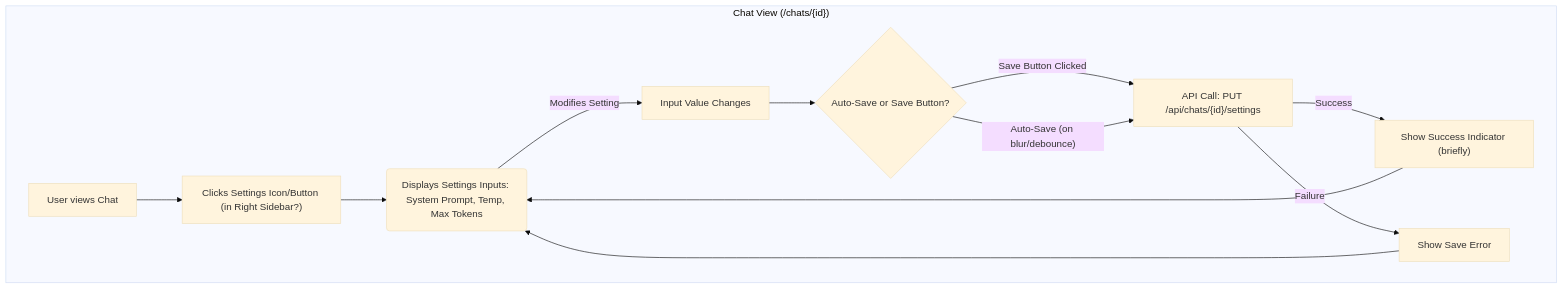
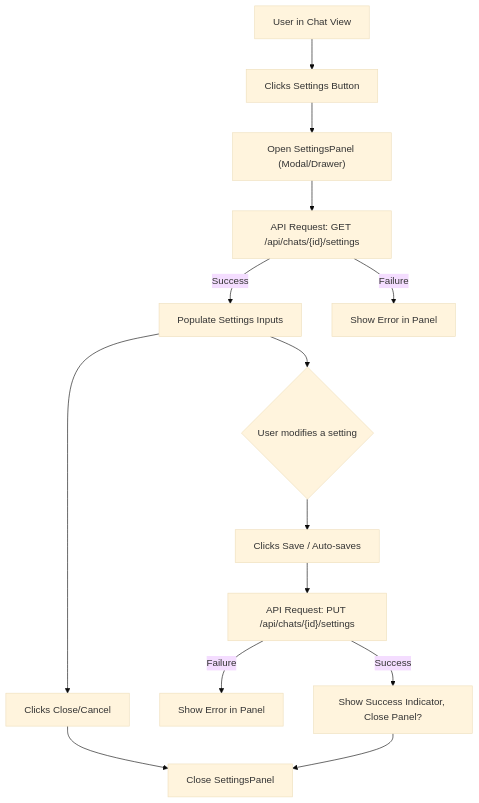
The fourth of 4 diagrams in docs/UI_UX_SPECIFICATION.md (sanguinehost/scribe), drawn with Mermaid (base theme) before and after one commit. The commit also changed other lines of this file and 1 other file, not shown here.

````diff
--- a/docs/UI_UX_SPECIFICATION.md
+++ b/docs/UI_UX_SPECIFICATION.md
@@ -288,15 +277,16 @@
 ```mermaid
 graph TD
-    subgraph ChatSettingsView ["Chat View (/chats/{id})"]
-        A[User views Chat] --> B["Clicks Settings Icon/Button (in Right Sidebar?)"]
-        B --> C(Displays Settings Inputs: System Prompt, Temp, Max Tokens);
-        C -- Modifies Setting --> D[Input Value Changes];
-        D --> E{Auto-Save or Save Button?};
-        E -- Save Button Clicked --> F["API Call: PUT /api/chats/{id}/settings"];
-        E -- Auto-Save (on blur/debounce) --> F;
-        F -- Success --> G["Show Success Indicator (briefly)"];
-        F -- Failure --> H[Show Save Error];
-        G --> C;
-        H --> C;
-    end
+    A["User in Chat View"] --> B["Clicks Settings Button"];
+    B --> C["Open SettingsPanel (Modal/Drawer)"];
+    C --> D["API Request: GET /api/chats/{id}/settings"];
+    D -- Success --> E["Populate Settings Inputs"];
+    D -- Failure --> F["Show Error in Panel"];
+    E --> G{"User modifies a setting"};
+    G --> H["Clicks Save / Auto-saves"];
+    H --> I["API Request: PUT /api/chats/{id}/settings"];
+    I -- Success --> J["Show Success Indicator, Close Panel?"];
+    I -- Failure --> K["Show Error in Panel"];
+    E --> L["Clicks Close/Cancel"];
+    L --> M["Close SettingsPanel"];
+    J --> M;
 ```
````
